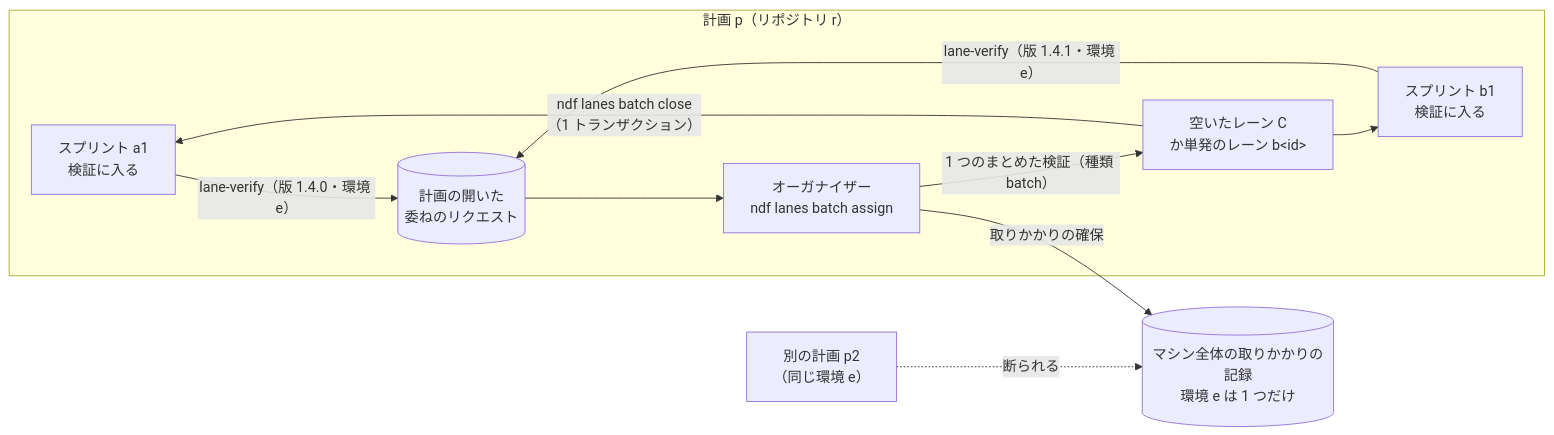
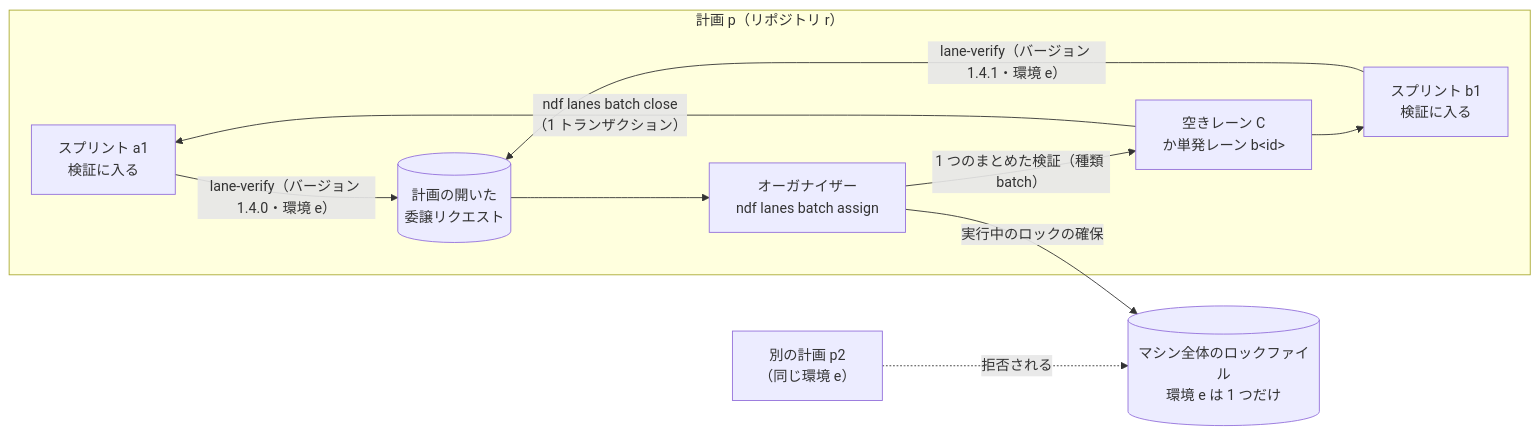
One commit to devbasex/ai-plugins changed the second of 3 diagrams in issues/issue-4211-design.md. Above: the diagram before and after it, drawn with Mermaid. The commit also changed other lines of this file and 1 other file, not shown here.

````diff
--- a/issues/issue-4211-design.md
+++ b/issues/issue-4211-design.md
@@ -54,13 +54,13 @@
 ```mermaid
 flowchart LR
   subgraph P["計画 p（リポジトリ r）"]
-    A["スプリント a1<br>検証に入る"] -- "lane-verify（版 1.4.0・環境 e）" --> Q[("計画の開いた<br>委ねのリクエスト")]
-    B["スプリント b1<br>検証に入る"] -- "lane-verify（版 1.4.1・環境 e）" --> Q
+    A["スプリント a1<br>検証に入る"] -- "lane-verify（バージョン 1.4.0・環境 e）" --> Q[("計画の開いた<br>委譲リクエスト")]
+    B["スプリント b1<br>検証に入る"] -- "lane-verify（バージョン 1.4.1・環境 e）" --> Q
     Q --> O["オーガナイザー<br>ndf lanes batch assign"]
-    O -- "1 つのまとめた検証（種類 batch）" --> F["空いたレーン C<br>か単発のレーン b&lt;id&gt;"]
+    O -- "1 つのまとめた検証（種類 batch）" --> F["空きレーン C<br>か単発レーン b&lt;id&gt;"]
     F -- "ndf lanes batch close<br>（1 トランザクション）" --> A
     F --> B
   end
-  O -- "取りかかりの確保" --> M[("マシン全体の取りかかりの記録<br>環境 e は 1 つだけ")]
-  P2["別の計画 p2<br>（同じ環境 e）"] -. "断られる" .-> M
+  O -- "実行中のロックの確保" --> M[("マシン全体のロックファイル<br>環境 e は 1 つだけ")]
+  P2["別の計画 p2<br>（同じ環境 e）"] -. "拒否される" .-> M
 ```
````
